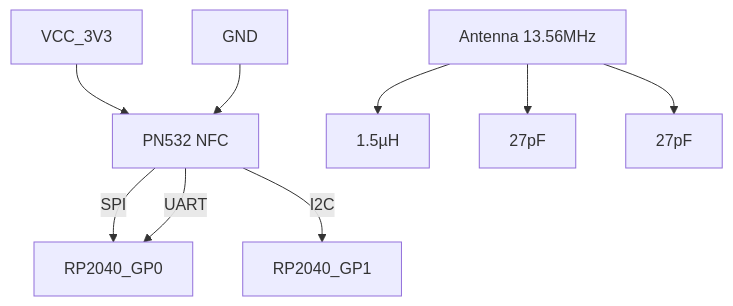
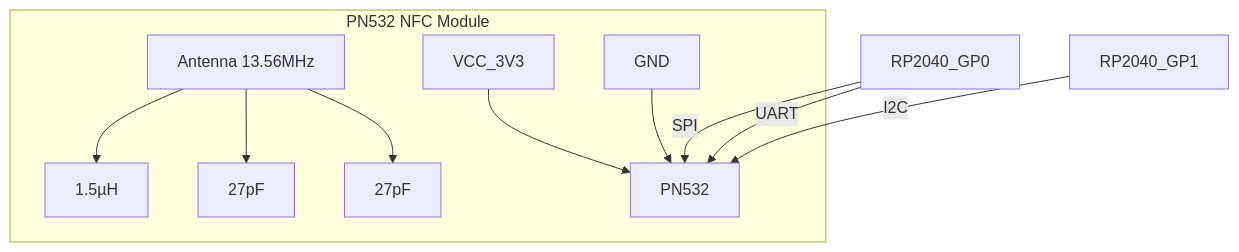
One commit to morteerror404/Goitaca-Hacker-HUB changed the fifth of 6 diagrams in Squemas/subdivisões/RF/diagrama de conexão.md. Above: the diagram before and after it, drawn with Mermaid. The commit also changed other lines of this file and 2 other files, not shown here.

````diff
--- a/Squemas/subdivisões/RF/diagrama de conexão.md
+++ b/Squemas/subdivisões/RF/diagrama de conexão.md
@@ -140,16 +111,16 @@
 ```mermaid
 graph TD
-    PN532["PN532 NFC"]
-    VCC_3V3 --> PN532
-    GND --> PN532
+    subgraph NFC_SYS["PN532 NFC Module"]
+        PN532["PN532"]
+        ANT["Antenna 13.56MHz"] --> L1["1.5µH"] 
+        ANT --> C1["27pF"]
+        ANT --> C2["27pF"]
+        VCC_3V3 --> PN532
+        GND --> PN532
+    end
 
-    %% Antena
-    ANT["Antenna 13.56MHz"] --> L1["1.5µH"]
-    ANT --> C1["27pF"]
-    ANT --> C2["27pF"]
-
-    %% Conexões MCU
-    PN532 -->|SPI| RP2040_GP0
-    PN532 -->|I2C| RP2040_GP1
-    PN532 -->|UART| RP2040_GP0
+    %% Conexões com RP2040
+    RP2040_GP0 -->|SPI| PN532
+    RP2040_GP1 -->|I2C| PN532
+    RP2040_GP0 -->|UART| PN532
 ```
````
